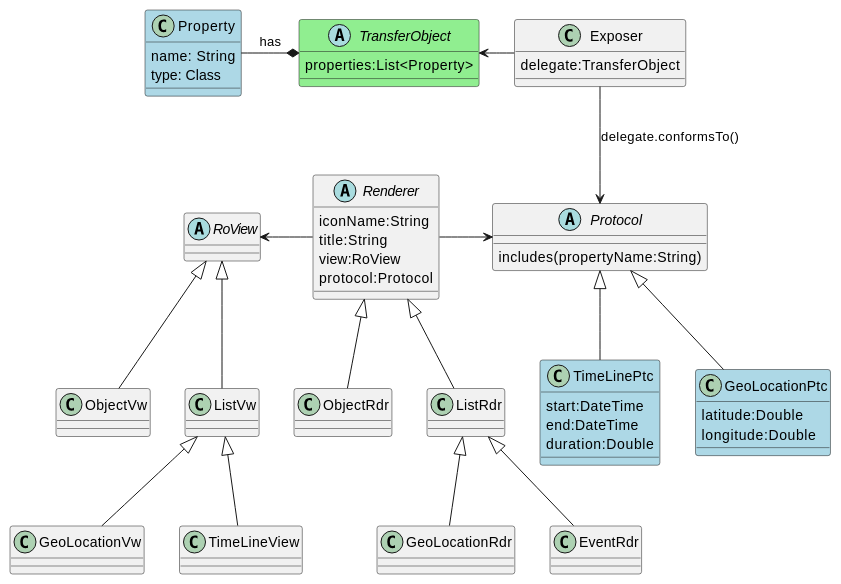
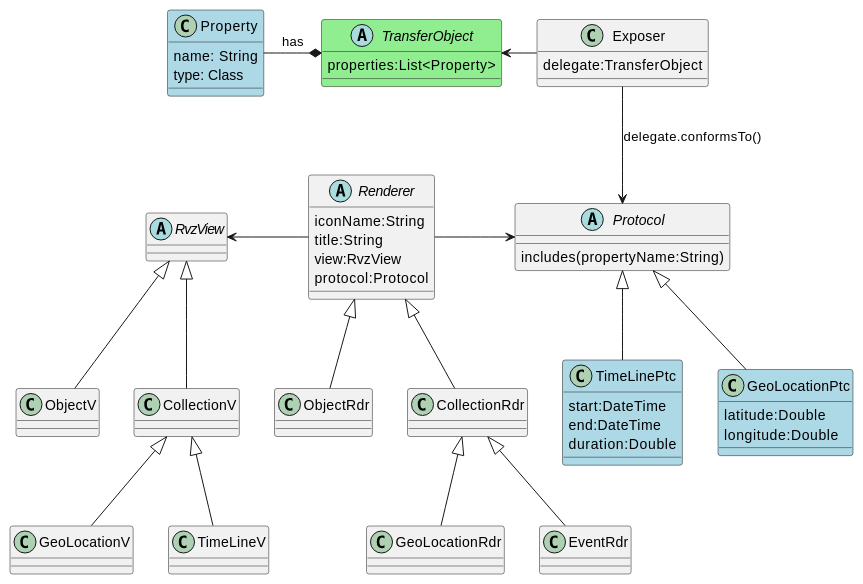
One commit to apache/causeway changed the diagram in incubator/clients/kroviz/adoc/modules/kroviz/partials/design/uml-renderer.adoc. Above: the diagram before and after it, drawn with PlantUML. The commit also changed 7 other files, not shown here.

```diff
--- a/incubator/clients/kroviz/adoc/modules/kroviz/partials/design/uml-renderer.adoc
+++ b/incubator/clients/kroviz/adoc/modules/kroviz/partials/design/uml-renderer.adoc
@@ -4,60 +4,60 @@
 [plantuml,file="uml-renderer.png"]
 ----
 @startuml
 
 abstract class Renderer {
     iconName:String
     title:String
-    view:RoView
+    view:RvzView
     protocol:Protocol
 }
 Renderer -right-> Protocol
 
 abstract class Protocol {
     includes(propertyName:String)
 }
 
 Renderer <|-down- ObjectRdr
-Renderer <|-down- ListRdr
-ListRdr <|-down- GeoLocationRdr
-ListRdr <|-down- EventRdr
+Renderer <|-down- CollectionRdr
+CollectionRdr <|-down- GeoLocationRdr
+CollectionRdr <|-down- EventRdr
 
-abstract class RoView {
+abstract class RvzView {
 }
 
-RoView <|-down- ObjectVw
-RoView <|-down- ListVw
-ListVw <|-down- GeoLocationVw
-ListVw <|-down- TimeLineView
+RvzView <|-down- ObjectV
+RvzView <|-down- CollectionV
+CollectionV <|-down- GeoLocationV
+CollectionV <|-down- TimeLineV
 
-Renderer -left-> RoView
+Renderer -left-> RvzView
 
 class Exposer {
     delegate:TransferObject
 }
 
 abstract class TransferObject #LightGreen {
     properties:List<Property>
 }
 Exposer -left-> TransferObject
 class Property #LightBlue {
     name: String
     type: Class
 }
 TransferObject *-left- Property : has
 Exposer -down-> Protocol : delegate.conformsTo()
 
 class TimeLinePtc #LightBlue {
 start:DateTime
 end:DateTime
 duration:Double
 }
 class GeoLocationPtc #LightBlue {
 latitude:Double
 longitude:Double
 }
 Protocol <|-down- GeoLocationPtc
 Protocol <|-down- TimeLinePtc
 
 @enduml
 ----
```
